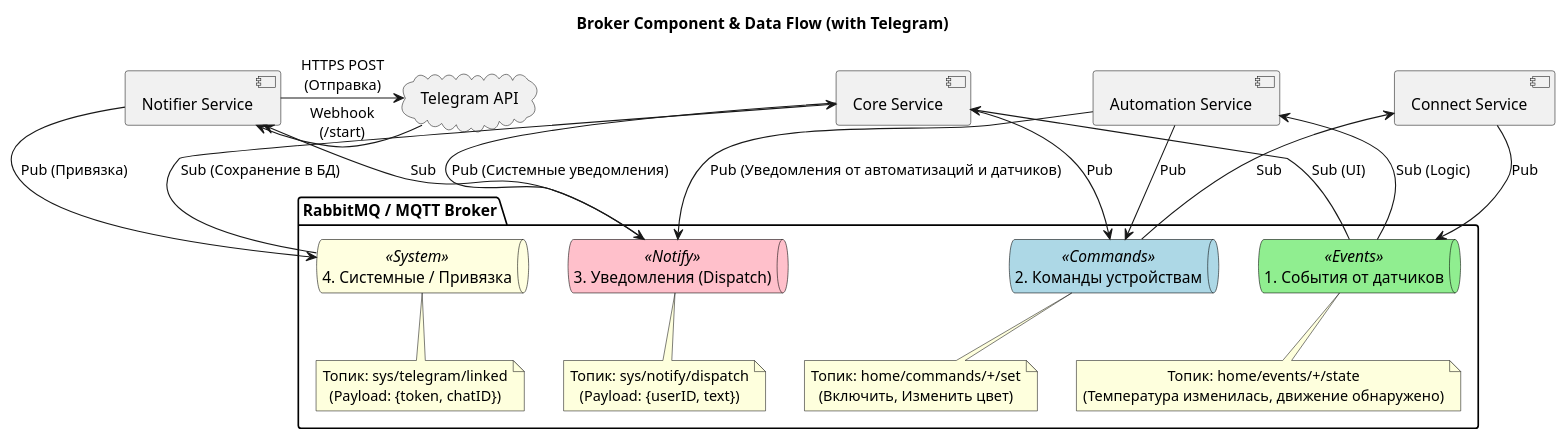
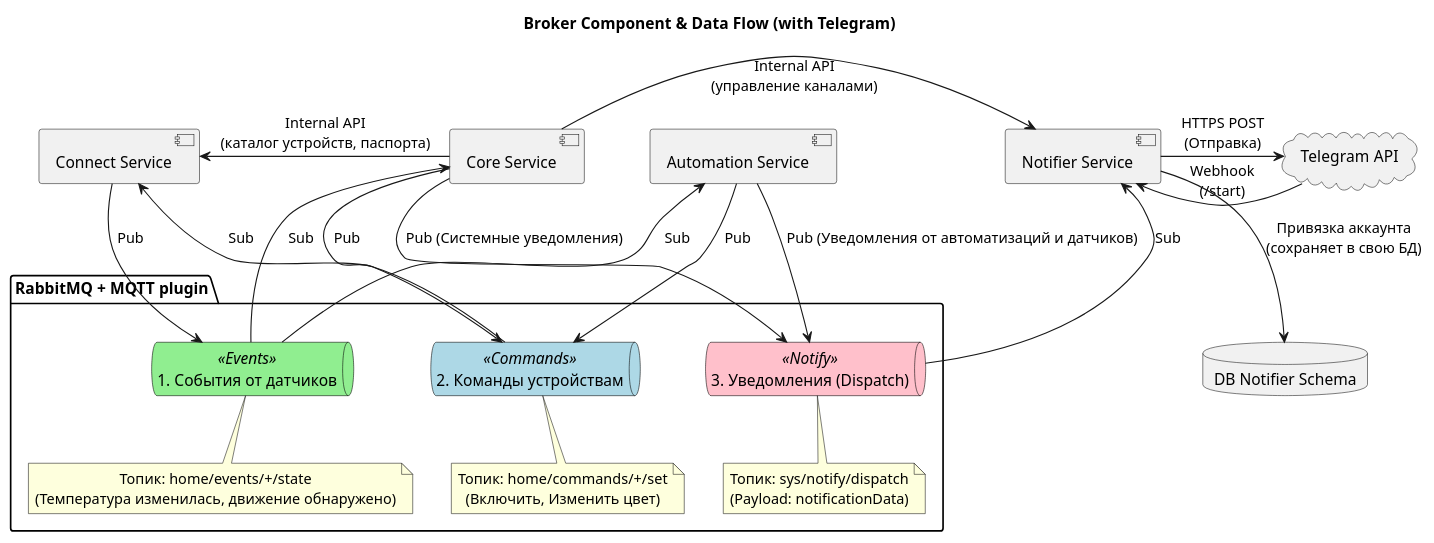
The diagram in architecture-warmhouse/apps/diagrams/MessageBrokerComponent.puml (kalancha/architecture-course), drawn with PlantUML before and after one commit. The commit also changed 23 other files, not shown here.

```diff
--- a/architecture-warmhouse/apps/diagrams/MessageBrokerComponent.puml
+++ b/architecture-warmhouse/apps/diagrams/MessageBrokerComponent.puml
@@ -1,70 +1,63 @@
 @startuml
 skinparam defaultTextAlignment center
 skinparam componentStyle uml2
 
-' Настройка цветов для разных типов
 skinparam queue {
     BorderColor Black
 }
 skinparam queue<<Events>> {
     BackgroundColor LightGreen
 }
 skinparam queue<<Commands>> {
     BackgroundColor LightBlue
 }
 skinparam queue<<Notify>> {
     BackgroundColor Pink
 }
 skinparam queue<<System>> {
     BackgroundColor LightYellow
 }
 
 title Broker Component & Data Flow (with Telegram)
 
-package "RabbitMQ / MQTT Broker" {
+package "RabbitMQ + MQTT plugin" {
 
     queue "1. События от датчиков" as events <<Events>>
     note bottom: Топик: home/events/+/state\n(Температура изменилась, движение обнаружено)
 
     queue "2. Команды устройствам" as commands <<Commands>>
     note bottom: Топик: home/commands/+/set\n(Включить, Изменить цвет)
 
     queue "3. Уведомления (Dispatch)" as notify <<Notify>>
-    note bottom: Топик: sys/notify/dispatch\n(Payload: {userID, text})
-
-    queue "4. Системные / Привязка" as sys_link <<System>>
-    note bottom: Топик: sys/telegram/linked\n(Payload: {token, chatID})
+    note bottom: Топик: sys/notify/dispatch\n(Payload: notificationData)
 
 }
 
-' Наши сервисы
 component "Connect Service" as connect
 component "Core Service" as core
 component "Automation Service" as auto
 component "Notifier Service" as notifier
 
-' Внешний мир
 cloud "Telegram API" as tg_cloud
+database "DB Notifier Schema" as db_notifier
 
-' --- 1. ПОТОК ДАННЫХ (ОТ ЖЕЛЕЗА) ---
 connect -down-> events : Pub
-events -up-> core : Sub (UI)
-events -up-> auto : Sub (Logic)
+events -up-> core : Sub
+events -up-> auto : Sub
 
-' --- 2. ПОТОК УПРАВЛЕНИЯ (К ЖЕЛЕЗУ) ---
 core -down-> commands : Pub
 auto -down-> commands : Pub
 commands -up-> connect : Sub
 
-' --- 3. ПОТОК УВЕДОМЛЕНИЙ (К ПОЛЬЗОВАТЕЛЮ) ---
 auto -down-> notify : Pub (Уведомления от автоматизаций и датчиков)
 core -down-> notify : Pub (Системные уведомления)
 notify -up-> notifier : Sub
 notifier -right-> tg_cloud : HTTPS POST\n(Отправка)
 
-' --- 4. ПОТОК ПРИВЯЗКИ (ОТ ПОЛЬЗОВАТЕЛЯ) ---
 tg_cloud -left-> notifier : Webhook\n(/start)
-notifier -up-> sys_link : Pub (Привязка)
-sys_link -up-> core : Sub (Сохранение в БД)
+notifier -down-> db_notifier : Привязка аккаунта\n(сохраняет в свою БД)
+
+core -right-> notifier : Internal API\n(управление каналами)
+core -left-> connect : Internal API\n(каталог устройств, паспорта)
 
 @enduml
```
